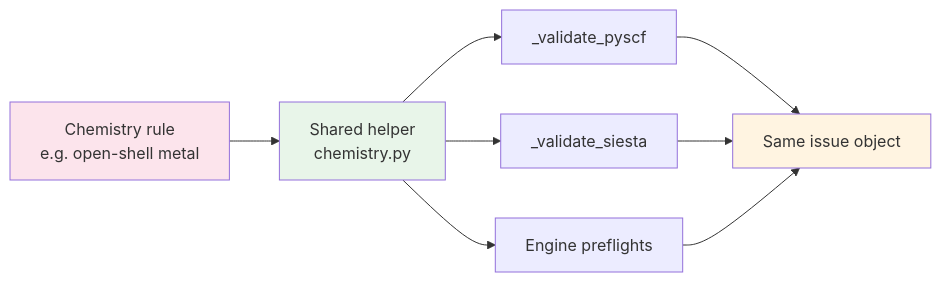
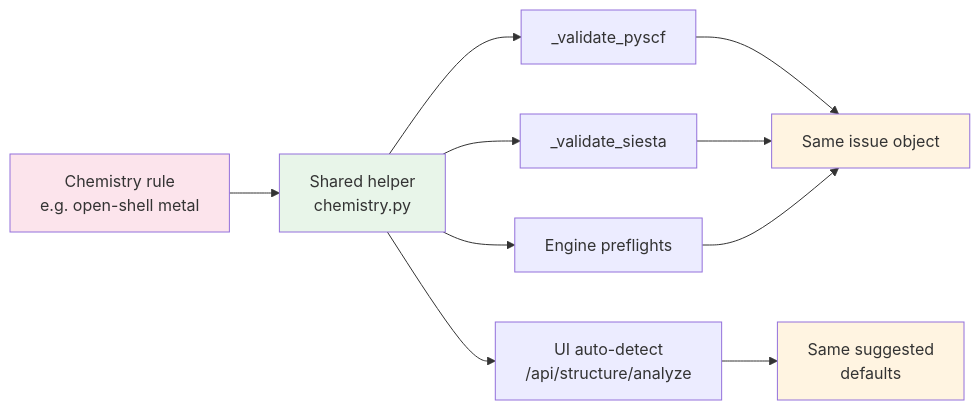
The diagram in docs/science.md (Qing-LAB/molbuilder), drawn with Mermaid before and after one commit. The commit also changed other lines of this file and 3 other files, not shown here.

````diff
--- a/docs/science.md
+++ b/docs/science.md
@@ -141,13 +160,16 @@
 ```mermaid
 flowchart LR
     A[Chemistry rule<br/>e.g. open-shell metal] --> H[Shared helper<br/>chemistry.py]
     H --> VP[_validate_pyscf]
     H --> VS[_validate_siesta]
     H --> EP[Engine preflights]
+    H --> AD[UI auto-detect<br/>/api/structure/analyze]
     VP --> R[Same issue object]
     VS --> R
     EP --> R
+    AD --> R2[Same suggested<br/>defaults]
     style A fill:#fce4ec
     style H fill:#e8f5e9
     style R fill:#fff4e1
+    style R2 fill:#fff4e1
 ```
````
